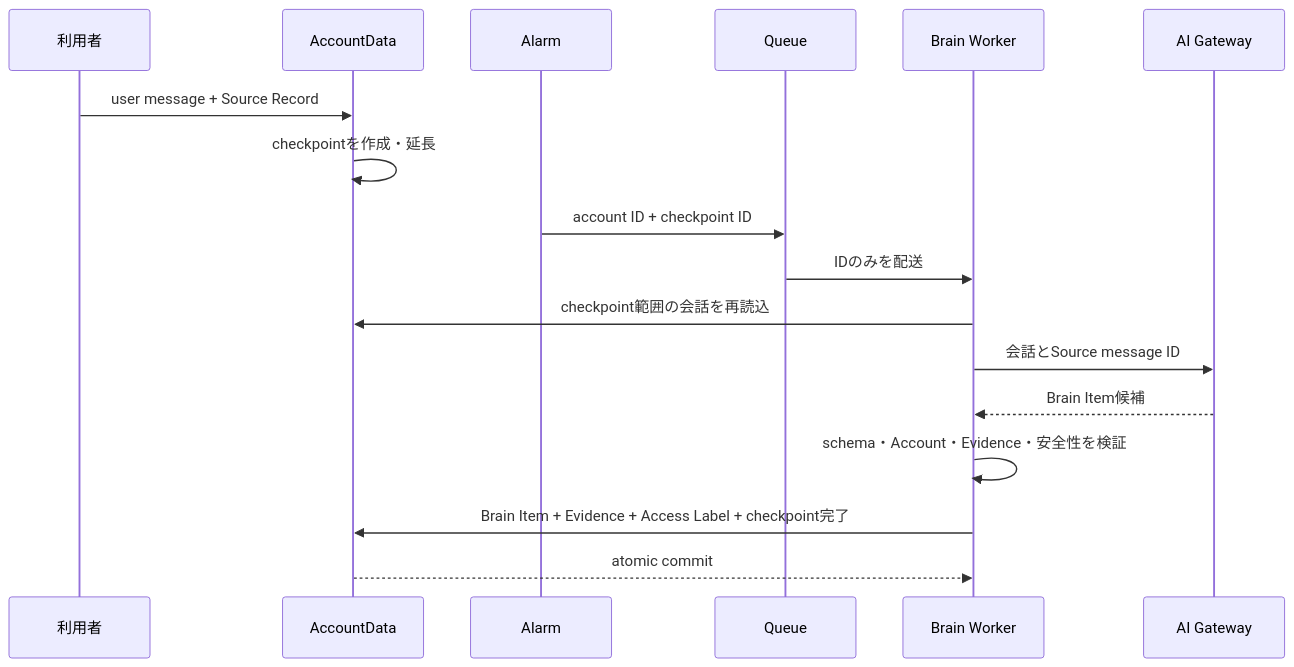
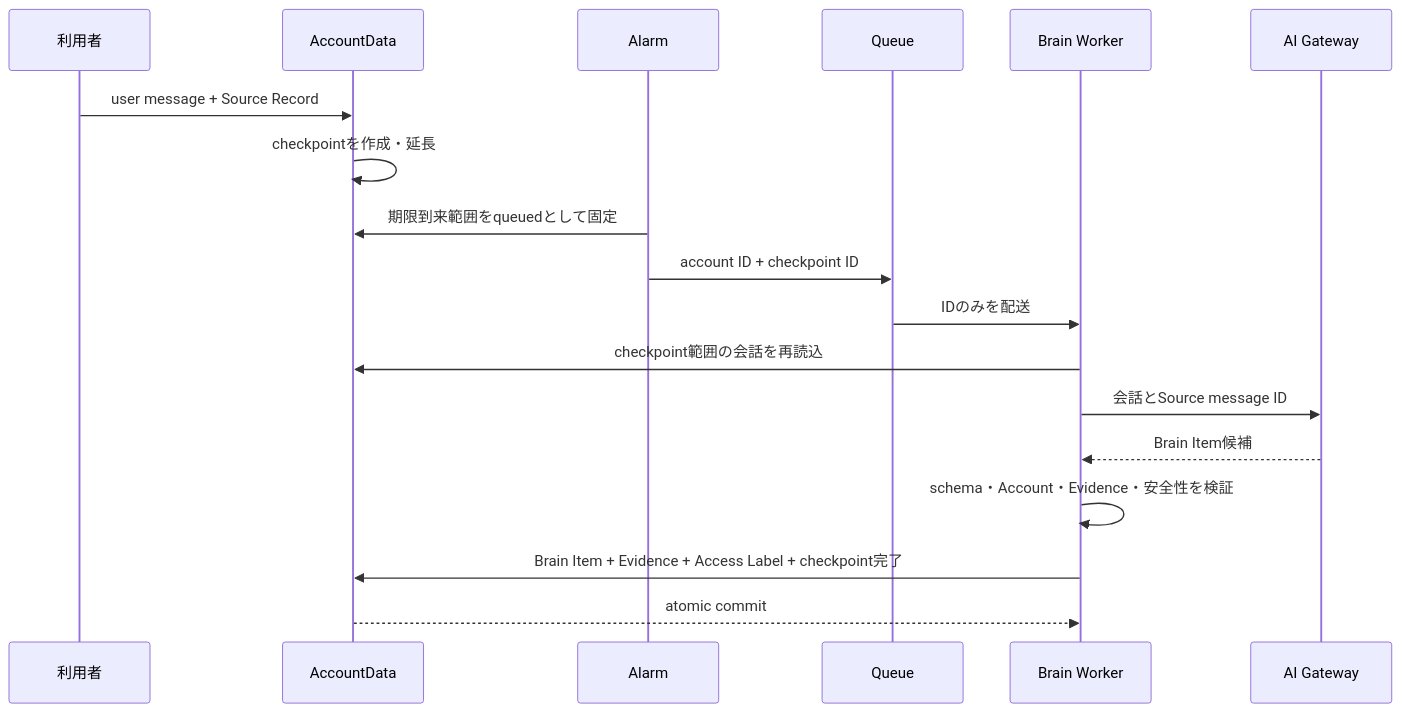
One commit to kkyosuke/me-builder changed the fourth of 4 diagrams in docs/domain/brain/brain-item-generation-design.md. Above: the diagram before and after it, drawn with Mermaid. The commit also changed other lines of this file and 21 other files, not shown here.

````diff
--- a/docs/domain/brain/brain-item-generation-design.md
+++ b/docs/domain/brain/brain-item-generation-design.md
@@ -304,20 +304,21 @@
 ```mermaid
 sequenceDiagram
     participant U as 利用者
     participant AD as AccountData
     participant A as Alarm
     participant Q as Queue
     participant W as Brain Worker
     participant AI as AI Gateway
 
     U->>AD: user message + Source Record
     AD->>AD: checkpointを作成・延長
+    A->>AD: 期限到来範囲をqueuedとして固定
     A->>Q: account ID + checkpoint ID
     Q->>W: IDのみを配送
     W->>AD: checkpoint範囲の会話を再読込
     W->>AI: 会話とSource message ID
     AI-->>W: Brain Item候補
     W->>W: schema・Account・Evidence・安全性を検証
     W->>AD: Brain Item + Evidence + Access Label + checkpoint完了
     AD-->>W: atomic commit
 ```
````
